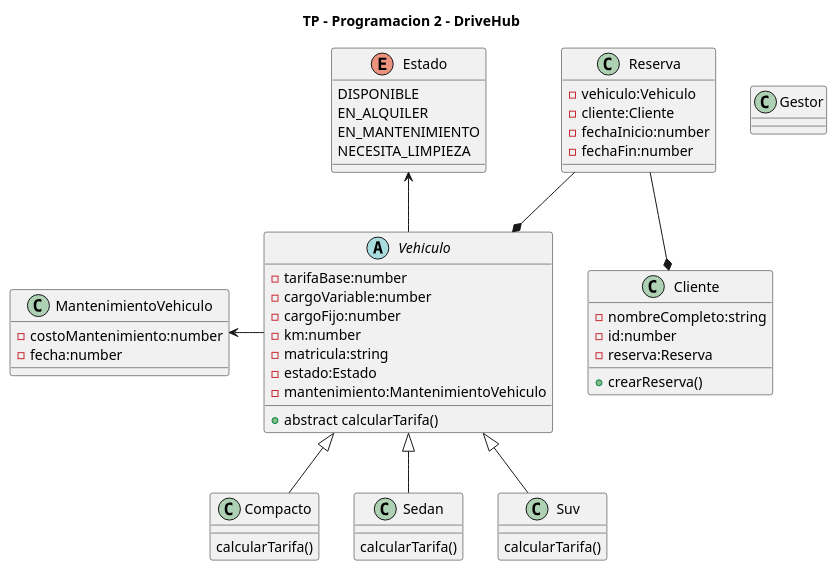
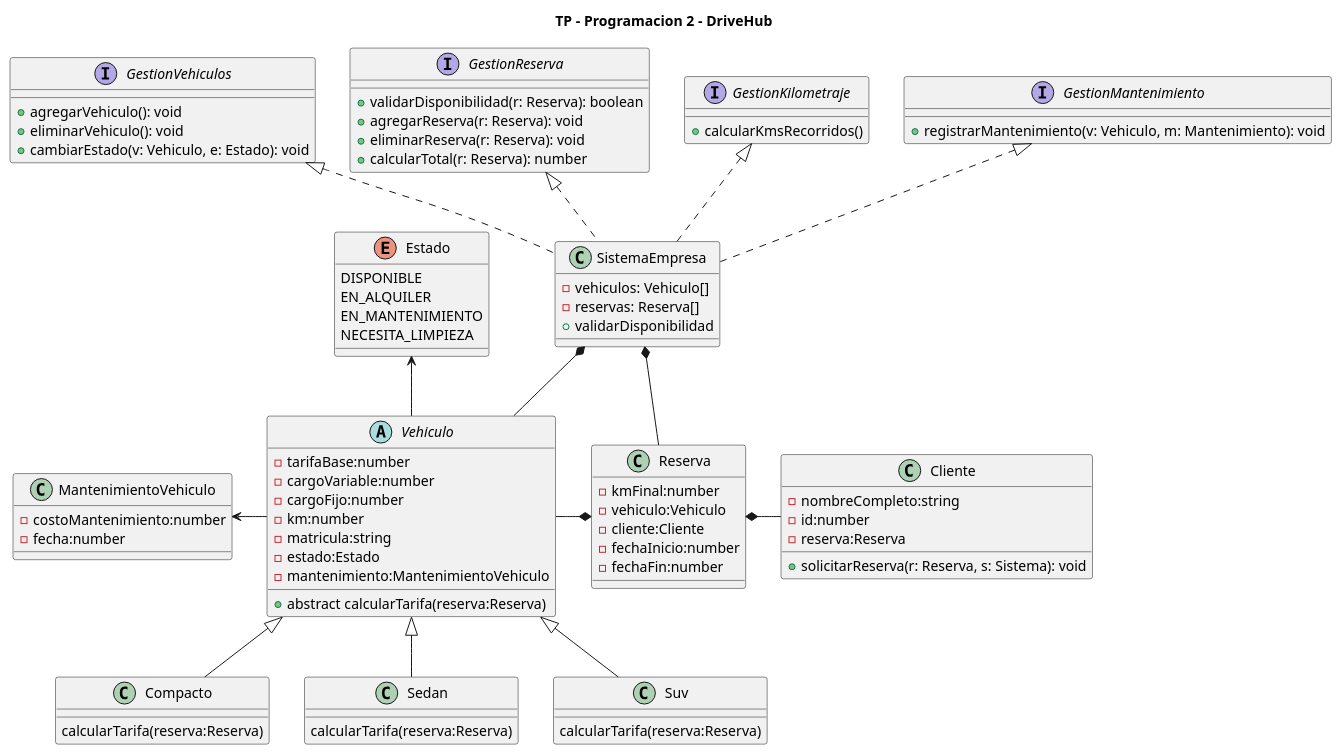
One commit to LauEroles/TP-Progra2-DriveHub changed the diagram in Diagramas/diagramaClases-DriveHub.puml. Above: the diagram before and after it, drawn with PlantUML. The commit also changed 3 other files, not shown here.

Commit message:
Refactor de diagrama de clases

```diff
--- a/Diagramas/diagramaClases-DriveHub.puml
+++ b/Diagramas/diagramaClases-DriveHub.puml
@@ -1,104 +1,158 @@
 @startuml DriveHub
 
 title TP - Programacion 2 - DriveHub
 
+'Composicion
 
+
+class SistemaEmpresa{
+    -vehiculos: Vehiculo[]
+    -reservas: Reserva[]
+    +validarDisponibilidad
+}
+
+
+class Reserva{
+    -kmFinal:number
+    -vehiculo:Vehiculo
+    -cliente:Cliente
+    -fechaInicio:number
+    -fechaFin:number
+}
+
+class Cliente{
+
+    -nombreCompleto:string
+    -id:number
+    'El cliente puede instanciarse sin reserva por parametro, 
+    'podemos setearla luego cuando se le asigna la reserva
+    -reserva:Reserva
+    + solicitarReserva(r: Reserva, s: Sistema): void  
+
+}
+
+'Herencia Vehiculo a sus clases hijas
 abstract class Vehiculo{
     
     -tarifaBase:number
     'Podria haber una clase cargo que nos permita manejar de manera
     'abstracta los cargos y luego en vehiculo tener una lista de cargos
     'que pueden ser variables o fijos y el dia de mañana 
     'para flexibilizar mas la solucion si se agregan nuevos vehiculos??
     -cargoVariable:number
     -cargoFijo:number
     -km:number
     -matricula:string
     -estado:Estado
     -mantenimiento:MantenimientoVehiculo
-    +abstract calcularTarifa()
+    +abstract calcularTarifa(reserva:Reserva)
 
 }
 
+class Compacto {
+    'podemos usar constante en kmMax para aplicar cargo?
+    calcularTarifa(reserva:Reserva)
+
+}
+
+class Sedan{
+    calcularTarifa(reserva:Reserva)
+
+}
+
+class Suv{
+
+ 'o la otra opcion es colocar el cargo fijo (del seguro por aqui)
+    calcularTarifa(reserva:Reserva)
+
+}
+
+'Atributo de vehiculo
 enum Estado{
-
     DISPONIBLE
     EN_ALQUILER
     EN_MANTENIMIENTO
     NECESITA_LIMPIEZA
 
 }
 
-class Compacto {
-    'podemos usar constante en kmMax para aplicar cargo?
-    calcularTarifa()
-
-}
-
-class Sedan{
-    calcularTarifa()
-
-}
-
-class Suv{
-
- 'o la otra opcion es colocar el cargo fijo (del seguro por aqui)
-    calcularTarifa()
-
-}
-
-class Reserva{
-
-    '-kmFinal:number??
-    -vehiculo:Vehiculo
-    -cliente:Cliente
-    -fechaInicio:number
-    -fechaFin:number
-
-}
-
-class Cliente{
-
-    -nombreCompleto:string
-    -id:number
-    'El cliente puede instanciarse sin reserva por parametro, 
-    'podemos setearla luego cuando se le asigna la reserva
-    -reserva:Reserva
-    +crearReserva()
-
-
-}
-
-class Gestor{
-
-    'gestor puede ser interfaz y ser implementada en Kilometraje(otraclase), cliente, reserva?
-    'O Hacer todo dentro de la clase gestor? diferentes metodos para gestionar diferentes cosas
-
-    '-kmFinal:number--> cuando hagamos la gestion de kilometraje
-    'Tenemos que pasar el kmInicial (lo obtenemos del vehiculo)
-    'y el kmFinal
-
-}
-
+'Atributo del vehiculo
 class MantenimientoVehiculo{
     -costoMantenimiento:number
     'usar libreria moment (refactor)
     -fecha:number
 }
 
 
+'Interfaces
+
+interface GestionVehiculos {
+    + agregarVehiculo(): void  
+    ' Agrega un vehiculo a la lista
+    + eliminarVehiculo(): void  
+    ' Elimina un vehiculo de la lista
+    + cambiarEstado(v: Vehiculo, e: Estado): void  
+    ' Le cambia el Estado (enum) a un vehiculo (a traves de su setter)
+}
+
+
+interface GestionReserva {
+    + validarDisponibilidad(r: Reserva): boolean  
+    ' Valida la disponibilidad del vehículo para las fechas solicitadas
+    + agregarReserva(r: Reserva): void  
+    ' Agrega una reserva a la lista
+    + eliminarReserva(r: Reserva): void  
+    ' Elimina una reserva de la lista
+    + calcularTotal(r: Reserva): number  
+    ' Podriamos calcular el total usando calcularCostoVariable() del vehiculo y sumar la tarifa base 
+    ' (y costo fijo) aca, para que el vehiculo solo calcule su costo variable y no el total de la reserva
+}
+
+
+
+interface GestionKilometraje {
+    + calcularKmsRecorridos()
+    ' Esto lo sacaría tal vez y haría que Reserva tenga un método kmsRecorridos() que los calcule
+    ' ya que ella misma posee kmInicial y kmFinal (seteado despues), y que calcularTotal() en GestionReserva llame a ese método
+}
+
+
+interface GestionMantenimiento {
+    + registrarMantenimiento(v: Vehiculo, m: Mantenimiento): void  
+    ' Si mas adelante nos solicita podemos ver si el auto requiere o no mantenimiento
+    ' Le agrega un mantenimiento a un vehiculo
+    ' Vehiculo podría tener un array de mantenimentos (tipo Mantenimiento) para tener registrados todos los que se le hacen
+    ' Objeto mantenimento tiene fecha y costo (simil estructura de datos)
+}
+
+
+
+
 'Relaciones:
+
+'Herencia
 Vehiculo<|--Sedan
 Vehiculo<|--Suv
 Vehiculo<|--Compacto
 
-Reserva--*Cliente
-Reserva--*Vehiculo
-
+'Atributos de vehiculo
 Vehiculo-l->MantenimientoVehiculo
-
-'Como es la orientacion de la flechita en este caso?
-'Es de composicion o de asociacion esta relación?
 Vehiculo-u->Estado
 
+'Composición
+Reserva*-r- Cliente
+Reserva*-l- Vehiculo
+SistemaEmpresa*-- Vehiculo
+SistemaEmpresa*-- Reserva
+
+
+'Implementacion interfaces:
+GestionVehiculos<|..SistemaEmpresa
+GestionReserva<|..SistemaEmpresa
+GestionKilometraje<|..SistemaEmpresa
+GestionMantenimiento<|..SistemaEmpresa
+
+
+
+
 @enduml
```
